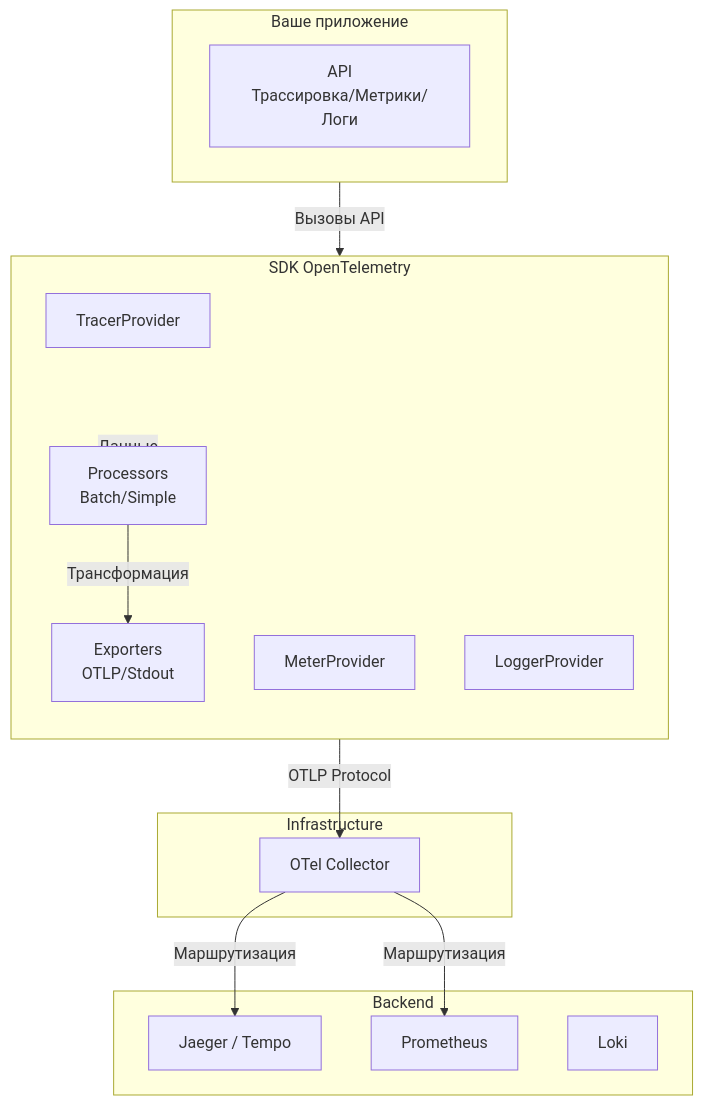
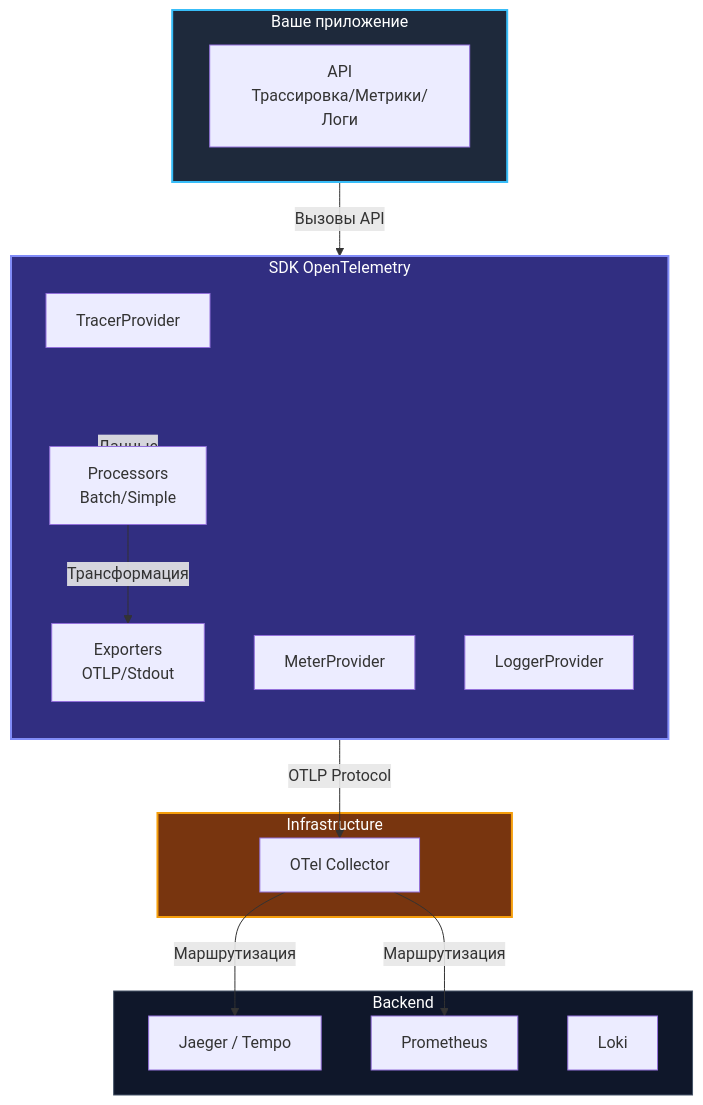
The diagram in sources/18. Observability (Мониторинг и наблюдаемость)/04. Трейсинг/2. OpenTelemetry.md (UnrealTemplier/go-textbook), drawn with Mermaid before and after one commit. The commit also changed other lines of this file, not shown here.

````diff
--- a/sources/18. Observability (Мониторинг и наблюдаемость)/04. Трейсинг/2. OpenTelemetry.md
+++ b/sources/18. Observability (Мониторинг и наблюдаемость)/04. Трейсинг/2. OpenTelemetry.md
@@ -13,33 +26,38 @@
 ```mermaid
 flowchart TD
     subgraph A ["Ваше приложение"]
         A1["API<br>Трассировка/Метрики/Логи"]
     end
 
     subgraph B ["SDK OpenTelemetry"]
         direction TB
         B1["TracerProvider"]
         B2["MeterProvider"]
         B3["LoggerProvider"]
         
         B4["Processors<br>Batch/Simple"]
         B5["Exporters<br>OTLP/Stdout"]
     end
 
     subgraph C ["Infrastructure"]
         C1["OTel Collector"]
     end
 
     subgraph D ["Backend"]
         D1["Jaeger / Tempo"]
         D2["Prometheus"]
         D3["Loki"]
     end
 
     A -->|"Вызовы API"| B
     B -->|"Данные"| B4
     B4 -->|"Трансформация"| B5
     B5 -->|"OTLP Protocol"| C1
     C1 -->|"Маршрутизация"| D1
     C1 -->|"Маршрутизация"| D2
+
+    style A fill:#1e293b,stroke:#38bdf8,stroke-width:2px,color:#fff
+    style B fill:#312e81,stroke:#818cf8,stroke-width:2px,color:#fff
+    style C fill:#78350f,stroke:#f59e0b,stroke-width:2px,color:#fff
+    style D fill:#0f172a,stroke:#475569,color:#fff
 ```
````
